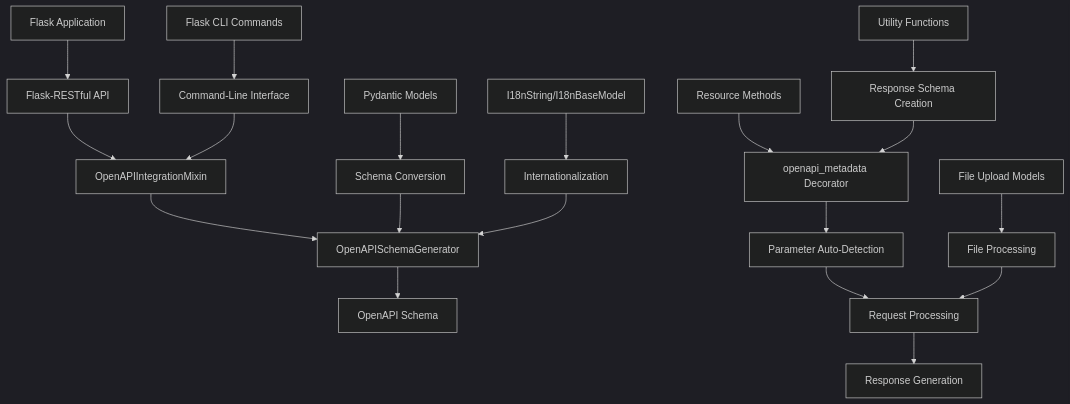
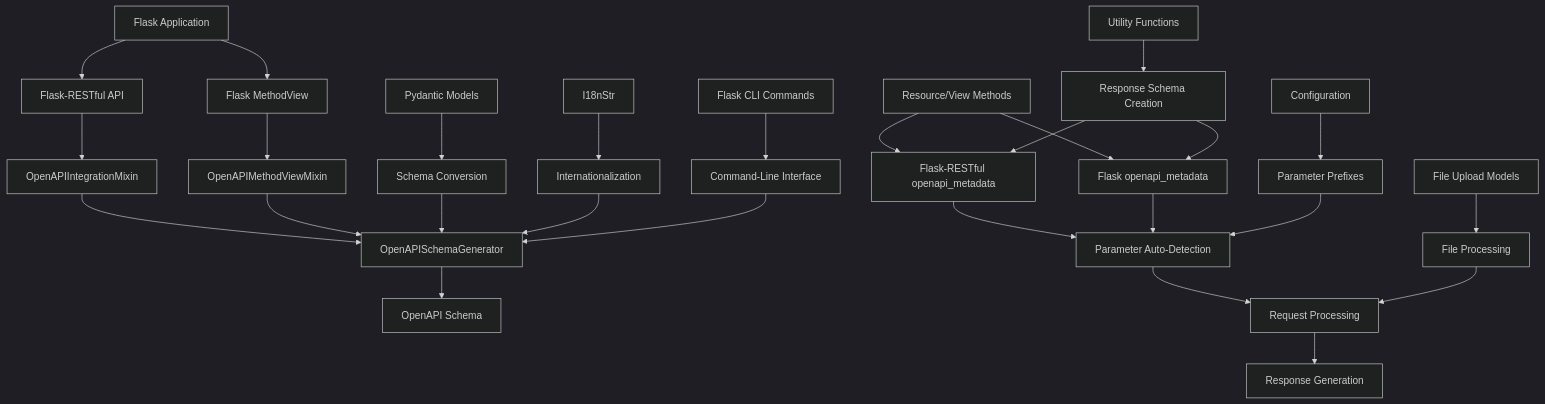
One commit to StrayDragon/flask-x-openapi-schema changed the tenth of 10 diagrams in docs/core_components.md. Above: the diagram before and after it, drawn with Mermaid (dark theme). The commit also changed other lines of this file and 18 other files, not shown here.

````diff
--- a/docs/core_components.md
+++ b/docs/core_components.md
@@ -392,27 +501,36 @@
 ```mermaid
 graph TD
-    A[Flask Application] --> B[Flask-RESTful API]
-    B --> C[OpenAPIIntegrationMixin]
-    C --> D[OpenAPISchemaGenerator]
+    A[Flask Application] --> B1[Flask-RESTful API]
+    A --> B2[Flask MethodView]
+    B1 --> C1[OpenAPIIntegrationMixin]
+    B2 --> C2[OpenAPIMethodViewMixin]
+    C1 --> D[OpenAPISchemaGenerator]
+    C2 --> D
     D --> E[OpenAPI Schema]
-    
-    F[Resource Methods] --> G[openapi_metadata Decorator]
-    G --> H[Parameter Auto-Detection]
+
+    F[Resource/View Methods] --> G1[Flask-RESTful openapi_metadata]
+    F --> G2[Flask openapi_metadata]
+    G1 --> H[Parameter Auto-Detection]
+    G2 --> H
     H --> I[Request Processing]
     I --> J[Response Generation]
-    
+
     K[Pydantic Models] --> L[Schema Conversion]
     L --> D
-    
-    M[I18nString/I18nBaseModel] --> N[Internationalization]
+
+    M[I18nStr] --> N[Internationalization]
     N --> D
-    
+
     O[File Upload Models] --> P[File Processing]
     P --> I
-    
+
     Q[Utility Functions] --> R[Response Schema Creation]
-    R --> G
-    
-    S[Flask CLI Commands] --> T[Command-Line Interface]
-    T --> C
+    R --> G1
+    R --> G2
+
+    S[Configuration] --> T[Parameter Prefixes]
+    T --> H
+
+    U[Flask CLI Commands] --> V[Command-Line Interface]
+    V --> D
 ```
````
